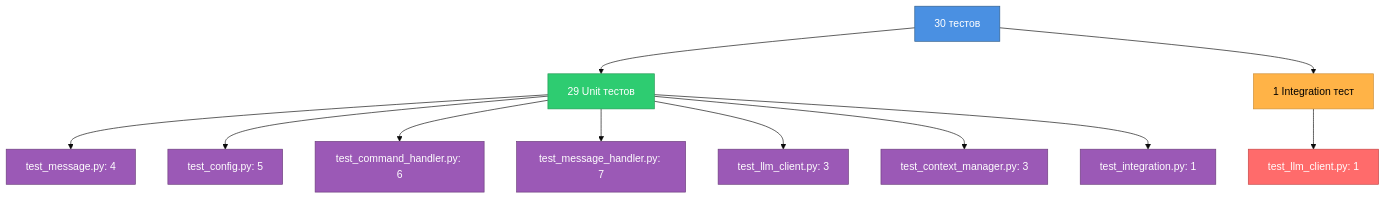
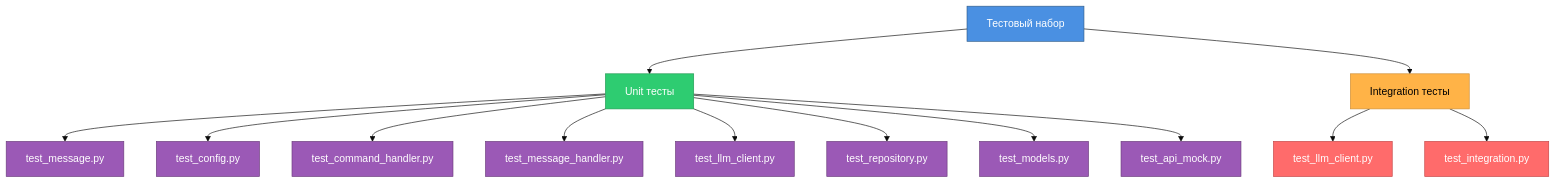
One commit to aidialogs/systech-aidd-live changed the first of 3 diagrams in doc/guides/08-testing.md. Above: the diagram before and after it, drawn with Mermaid (base theme). The commit also changed other lines of this file and 5 other files, not shown here.

````diff
--- a/doc/guides/08-testing.md
+++ b/doc/guides/08-testing.md
@@ -11,27 +11,31 @@
 ```mermaid
 graph TB
-    A[30 тестов] --> B[29 Unit тестов]
-    A --> C[1 Integration тест]
+    A[Тестовый набор] --> B[Unit тесты]
+    A --> C[Integration тесты]
     
-    B --> D[test_message.py: 4]
-    B --> E[test_config.py: 5]
-    B --> F[test_command_handler.py: 6]
-    B --> G[test_message_handler.py: 7]
-    B --> H[test_llm_client.py: 3]
-    B --> I[test_context_manager.py: 3]
-    B --> J[test_integration.py: 1]
+    B --> D[test_message.py]
+    B --> E[test_config.py]
+    B --> F[test_command_handler.py]
+    B --> G[test_message_handler.py]
+    B --> H[test_llm_client.py]
+    B --> I[test_repository.py]
+    B --> J[test_models.py]
+    B --> K[test_api_mock.py]
     
-    C --> K[test_llm_client.py: 1]
+    C --> L[test_llm_client.py]
+    C --> M[test_integration.py]
     
     style A fill:#4A90E2,stroke:#2E5C8A,color:#FFF
     style B fill:#2ECC71,stroke:#229954,color:#FFF
     style C fill:#FFB347,stroke:#CC8F39,color:#000
     style D fill:#9B59B6,stroke:#6C3D7C,color:#FFF
     style E fill:#9B59B6,stroke:#6C3D7C,color:#FFF
     style F fill:#9B59B6,stroke:#6C3D7C,color:#FFF
     style G fill:#9B59B6,stroke:#6C3D7C,color:#FFF
     style H fill:#9B59B6,stroke:#6C3D7C,color:#FFF
     style I fill:#9B59B6,stroke:#6C3D7C,color:#FFF
     style J fill:#9B59B6,stroke:#6C3D7C,color:#FFF
-    style K fill:#FF6B6B,stroke:#C44545,color:#FFF
+    style K fill:#9B59B6,stroke:#6C3D7C,color:#FFF
+    style L fill:#FF6B6B,stroke:#C44545,color:#FFF
+    style M fill:#FF6B6B,stroke:#C44545,color:#FFF
 ```
````
